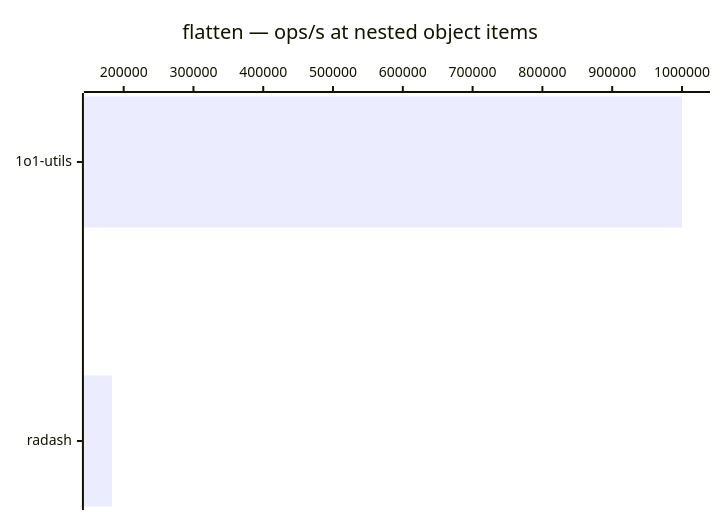
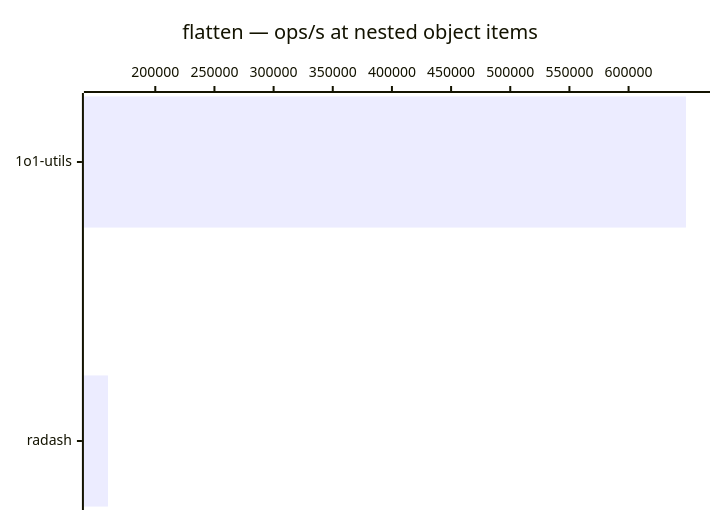
Before and after one commit to pedrotroccoli/1o1-utils: the diagram in docs/benchmarks/flatten.md, drawn with Mermaid. The commit also changed other lines of this file and 3 other files, not shown here.

````diff
--- a/docs/benchmarks/flatten.md
+++ b/docs/benchmarks/flatten.md
@@ -14,6 +14,6 @@
 ```mermaid
 xychart-beta horizontal
   title "flatten — ops/s at nested object items"
   x-axis ["1o1-utils", "radash"]
-  bar [1000000, 183217]
+  bar [648508, 160000]
 ```
````
